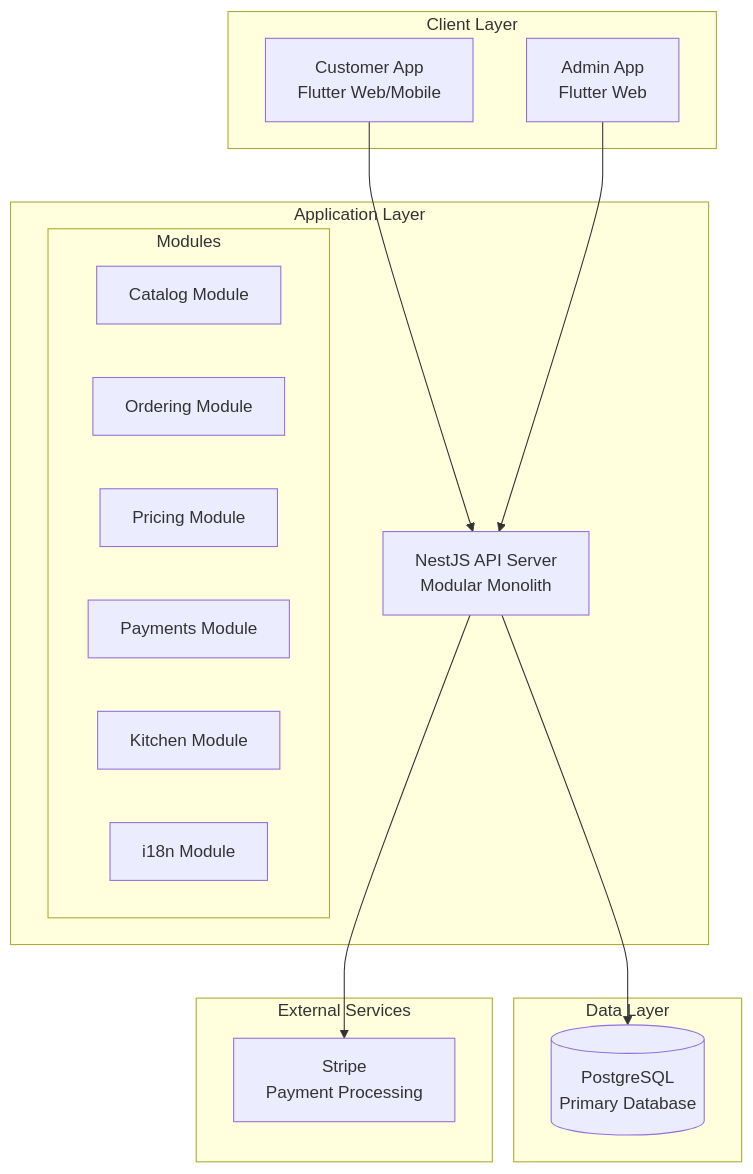
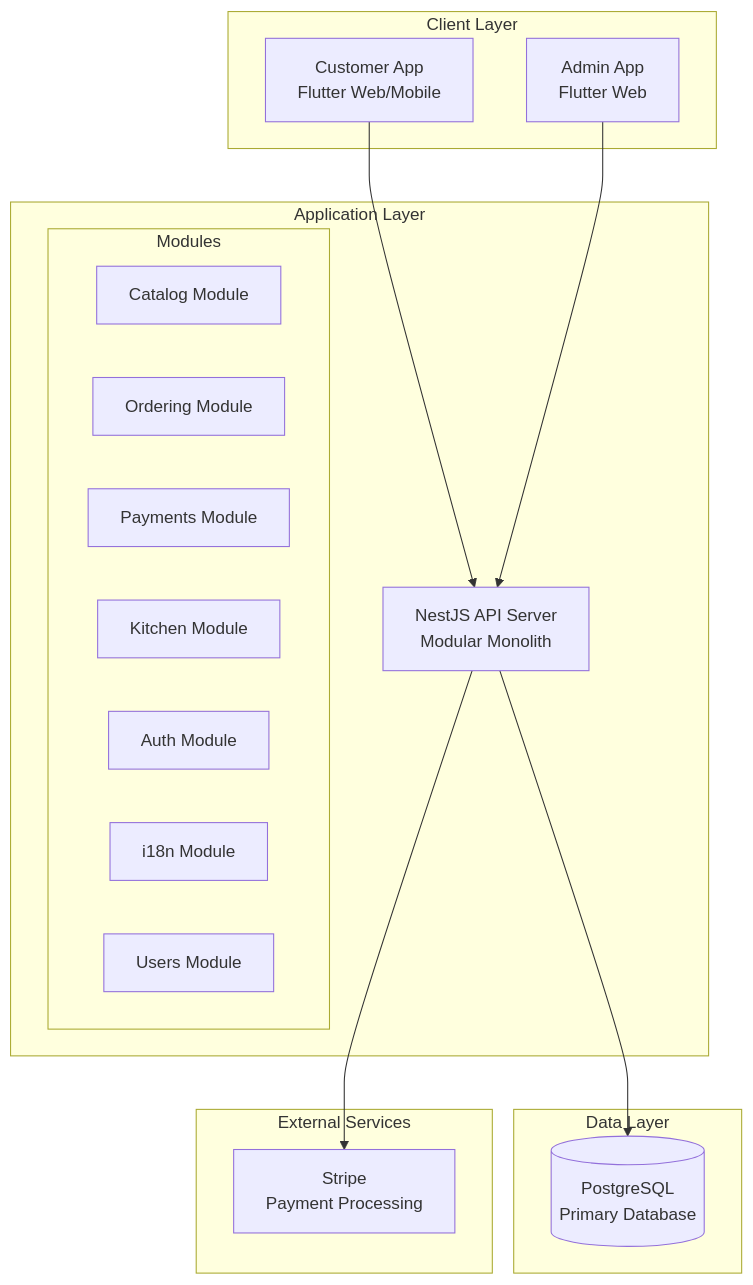
Before and after one commit to Sporidis/frituur-ordering-system: diagram 11 of 15 in docs/RESEARCH.md, drawn with Mermaid. The commit also changed other lines of this file and 5 other files, not shown here.

````diff
--- a/docs/RESEARCH.md
+++ b/docs/RESEARCH.md
@@ -673,33 +691,34 @@
 ```mermaid
 graph TB
     subgraph "Client Layer"
         CA[Customer App<br/>Flutter Web/Mobile]
         AA[Admin App<br/>Flutter Web]
     end
     
     subgraph "Application Layer"
         API[NestJS API Server<br/>Modular Monolith]
         
         subgraph "Modules"
             CAT[Catalog Module]
             ORD[Ordering Module]
-            PRC[Pricing Module]
             PAY[Payments Module]
             KIT[Kitchen Module]
+            AUTH[Auth Module]
             I18N[i18n Module]
+            USR[Users Module]
         end
     end
     
     subgraph "Data Layer"
         DB[(PostgreSQL<br/>Primary Database)]
     end
     
     subgraph "External Services"
         STRIPE[Stripe<br/>Payment Processing]
     end
     
     CA --> API
     AA --> API
     API --> DB
     API --> STRIPE
 ```
````
